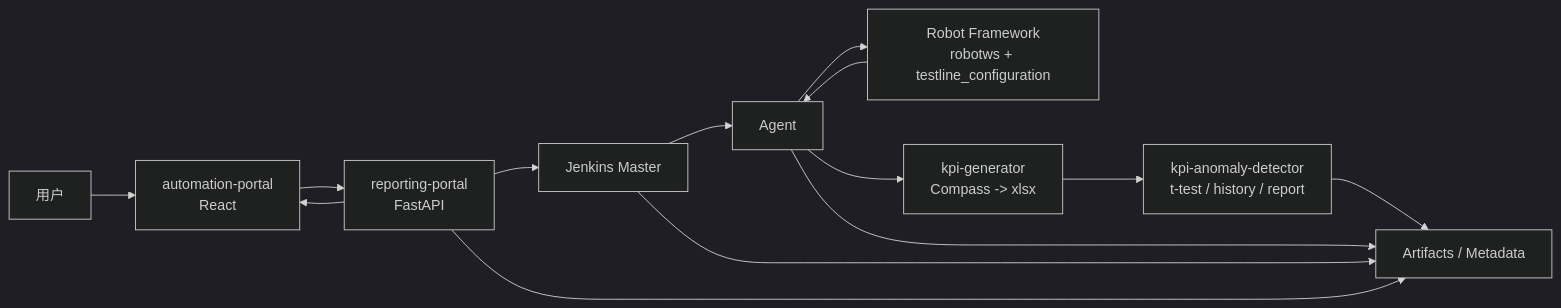
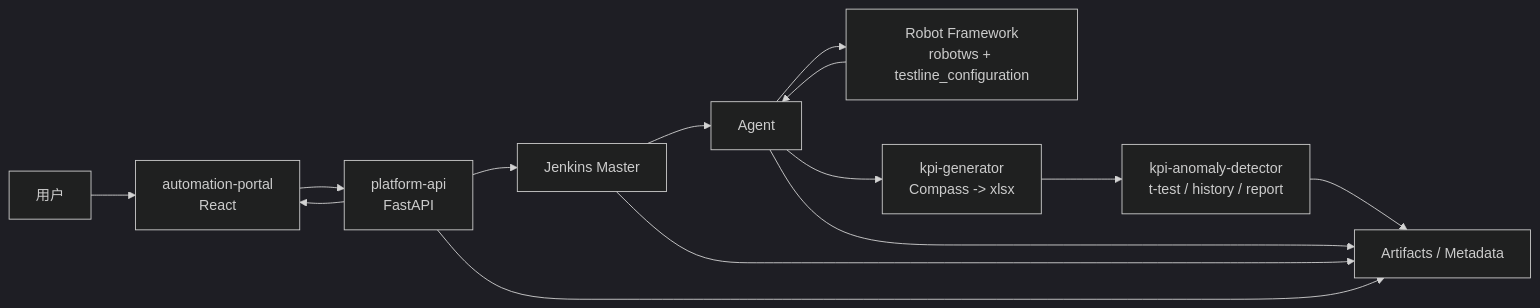
The first of 4 diagrams in docs/jekins_lightweight.md (stella555359/jenkins_robotframework), drawn with Mermaid (dark theme) before and after one commit. The commit also changed other lines of this file and 8 other files, not shown here.

Commit message:
rename reporting portal to flatform-api

````diff
--- a/docs/jekins_lightweight.md
+++ b/docs/jekins_lightweight.md
@@ -239,26 +239,26 @@
 ```mermaid
 flowchart LR
     U["用户"]
     FE["automation-portal<br/>React"]
-    API["reporting-portal<br/>FastAPI"]
+    API["platform-api<br/>FastAPI"]
     JM["Jenkins Master"]
     JA["Agent"]
     RF["Robot Framework<br/>robotws + testline_configuration"]
     KG["kpi-generator<br/>Compass -> xlsx"]
     KD["kpi-anomaly-detector<br/>t-test / history / report"]
     ART["Artifacts / Metadata"]
 
     U --> FE
     FE --> API
     API --> JM
     JM --> JA
     JA --> RF
     RF --> JA
     JA --> KG
     KG --> KD
     KD --> ART
     JA --> ART
     JM --> ART
     API --> ART
     API --> FE
 ```
````
